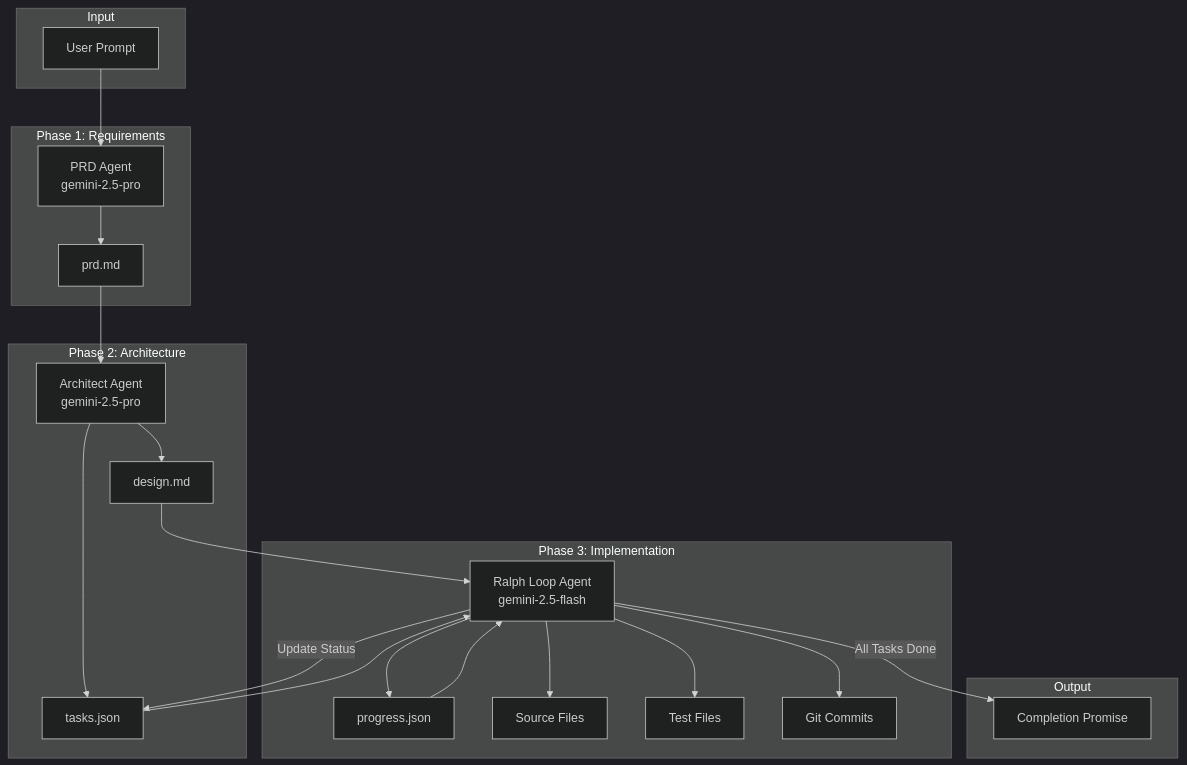
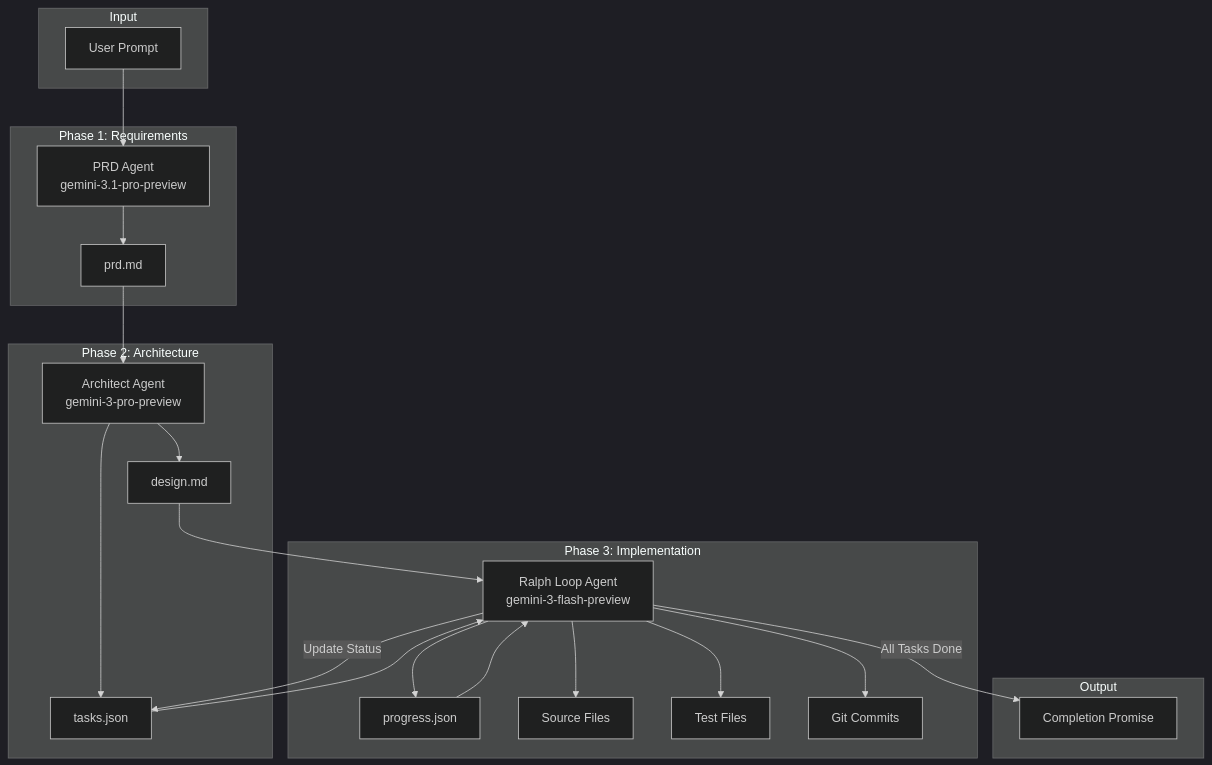
The diagram in README.md (zavora-ai/adk-ralph), drawn with Mermaid (dark theme) before and after one commit. The commit also changed other lines of this file and 3 other files, not shown here.

````diff
--- a/README.md
+++ b/README.md
@@ -24,44 +24,44 @@
 ```mermaid
 flowchart TB
     subgraph Input
         UP[User Prompt]
     end
 
     subgraph "Phase 1: Requirements"
-        PA[PRD Agent<br/>gemini-2.5-pro]
+        PA[PRD Agent<br/>gemini-3.1-pro-preview]
         PRD[prd.md]
         UP --> PA
         PA --> PRD
     end
 
     subgraph "Phase 2: Architecture"
-        AA[Architect Agent<br/>gemini-2.5-pro]
+        AA[Architect Agent<br/>gemini-3-pro-preview]
         DES[design.md]
         TSK[tasks.json]
         PRD --> AA
         AA --> DES
         AA --> TSK
     end
 
     subgraph "Phase 3: Implementation"
-        RL[Ralph Loop Agent<br/>gemini-2.5-flash]
+        RL[Ralph Loop Agent<br/>gemini-3-flash-preview]
         PROG[progress.json]
         CODE[Source Files]
         TEST[Test Files]
         GIT[Git Commits]
 
         TSK --> RL
         DES --> RL
         PROG --> RL
         RL --> CODE
         RL --> TEST
         RL --> GIT
         RL --> PROG
         RL -->|Update Status| TSK
     end
 
     subgraph Output
         DONE[Completion Promise]
         RL -->|All Tasks Done| DONE
     end
 ```
````
